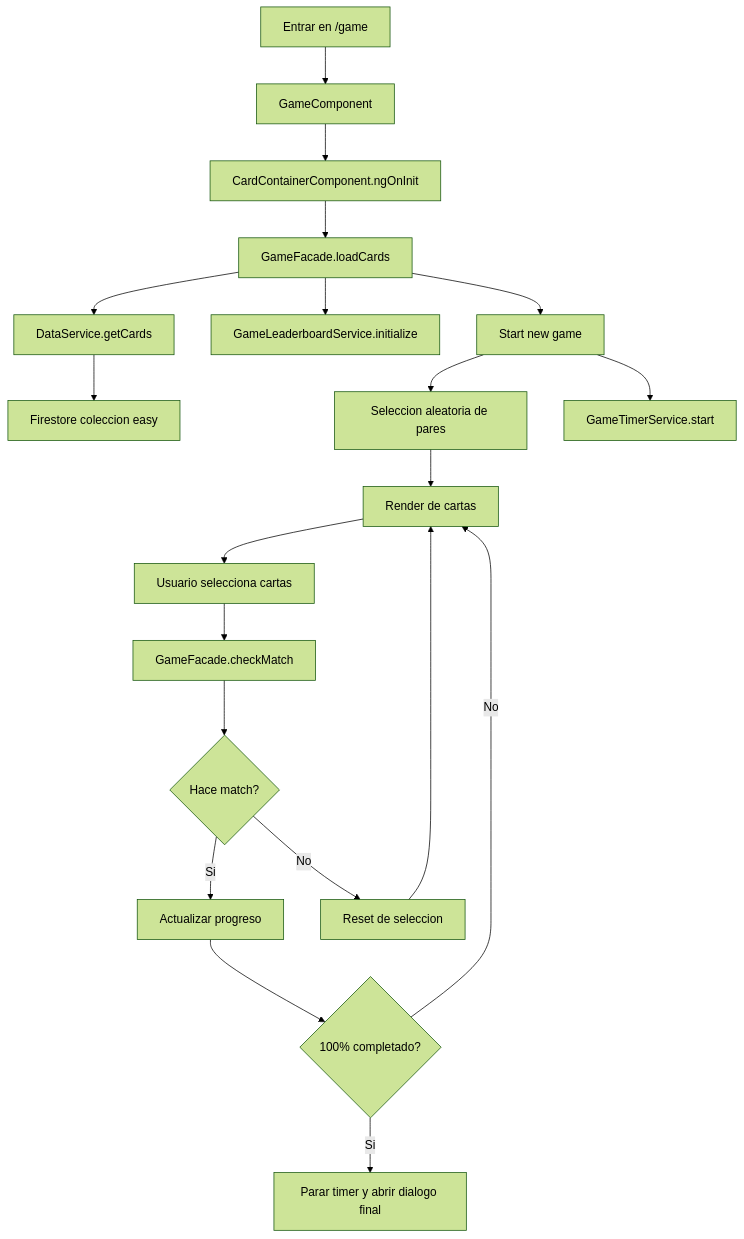
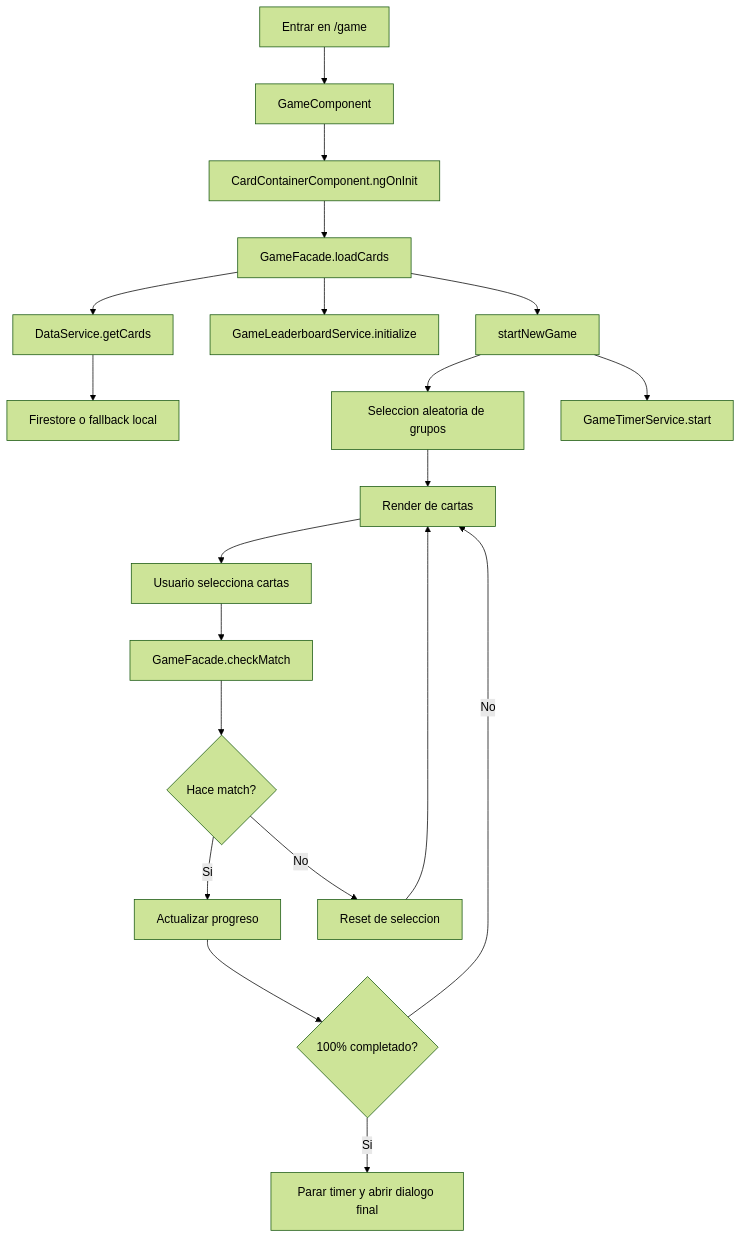
Before and after one commit to javitid/cards: the second of 4 diagrams in docs/arquitectura-aplicacion.md, drawn with Mermaid (forest theme). The commit also changed other lines of this file and 22 other files, not shown here.

````diff
--- a/docs/arquitectura-aplicacion.md
+++ b/docs/arquitectura-aplicacion.md
@@ -36,22 +69,22 @@
 ```mermaid
 flowchart TD
     A[Entrar en /game] --> B[GameComponent]
     B --> C[CardContainerComponent.ngOnInit]
     C --> D[GameFacade.loadCards]
     D --> E[DataService.getCards]
-    E --> F[Firestore coleccion easy]
+    E --> F[Firestore o fallback local]
     D --> G[GameLeaderboardService.initialize]
-    D --> H[Start new game]
-    H --> I[Seleccion aleatoria de pares]
+    D --> H[startNewGame]
+    H --> I[Seleccion aleatoria de grupos]
     H --> J[GameTimerService.start]
     I --> K[Render de cartas]
     K --> L[Usuario selecciona cartas]
     L --> M[GameFacade.checkMatch]
     M --> N{Hace match?}
     N -->|Si| O[Actualizar progreso]
     N -->|No| P[Reset de seleccion]
     O --> Q{100% completado?}
     Q -->|Si| R[Parar timer y abrir dialogo final]
     Q -->|No| K
     P --> K
 ```
````
